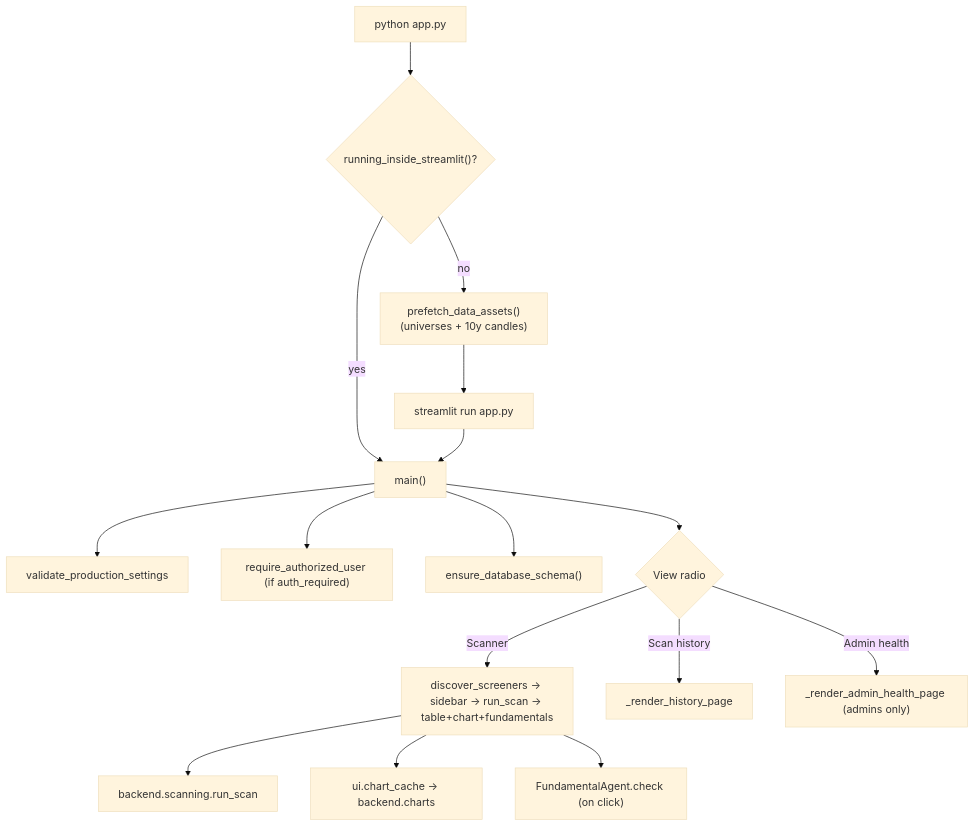
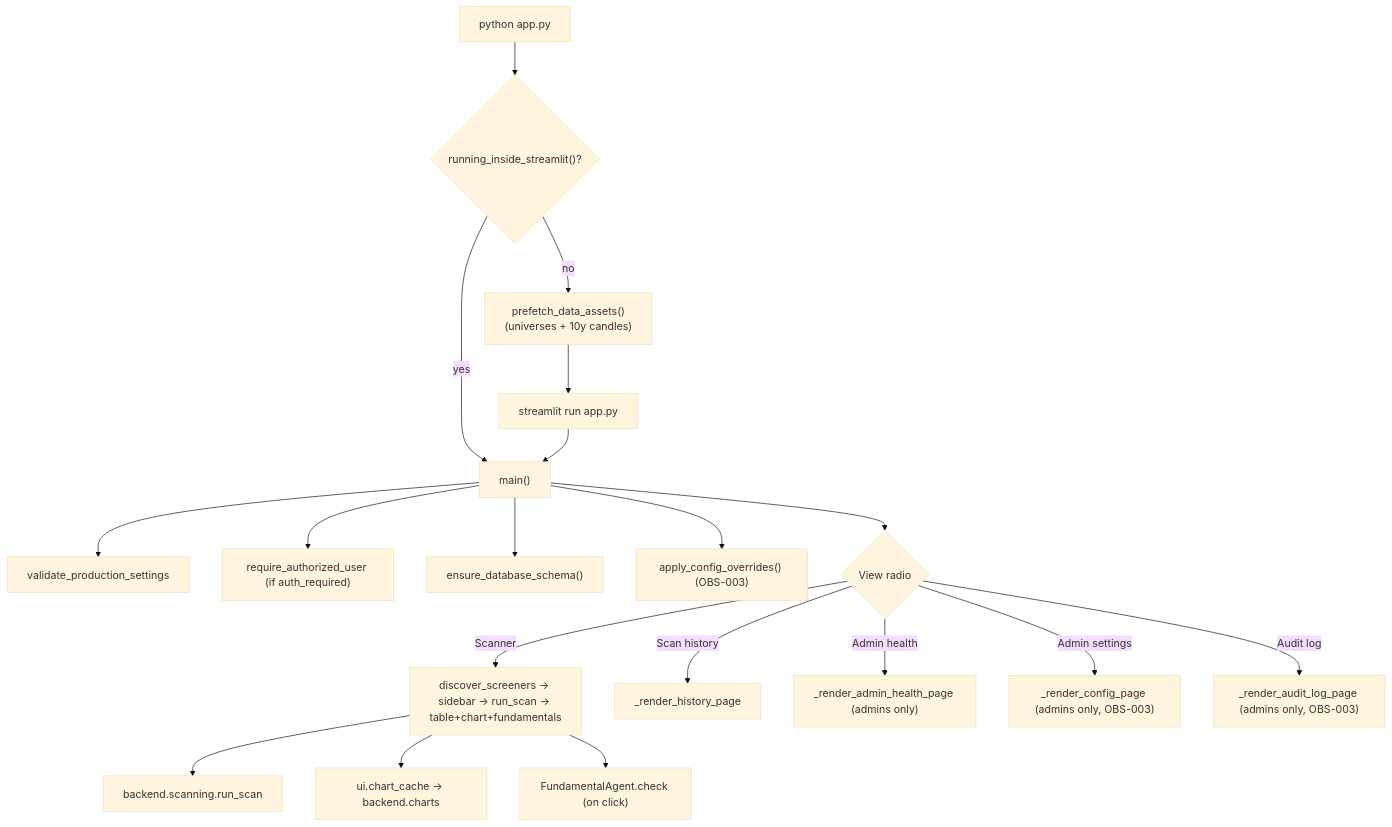
One commit to DoRmAmMu1997/Streamlit-Scanner-App changed the diagram in docs/architecture/components/app-orchestration.md. Above: the diagram before and after it, drawn with Mermaid (base theme). The commit also changed other lines of this file and 33 other files, not shown here.

First line of the commit message:
feat(OBS-003): add user-action audit log + admin config/audit pages

````diff
--- a/docs/architecture/components/app-orchestration.md
+++ b/docs/architecture/components/app-orchestration.md
@@ -26,18 +26,21 @@
 ```mermaid
 flowchart TD
     PY["python app.py"] --> CTX{"running_inside_streamlit()?"}
     CTX -->|no| PRE["prefetch_data_assets()\n(universes + 10y candles)"]
     PRE --> RELAUNCH["streamlit run app.py"]
     CTX -->|yes| MAIN["main()"]
     RELAUNCH --> MAIN
     MAIN --> VAL["validate_production_settings"]
     MAIN --> AUTH["require_authorized_user (if auth_required)"]
     MAIN --> MIG["ensure_database_schema()"]
+    MAIN --> OVR["apply_config_overrides() (OBS-003)"]
     MAIN --> VIEW{"View radio"}
     VIEW -->|Scanner| SCAN["discover_screeners → sidebar → run_scan → table+chart+fundamentals"]
     VIEW -->|Scan history| HIST["_render_history_page"]
     VIEW -->|Admin health| HLT["_render_admin_health_page (admins only)"]
+    VIEW -->|Admin settings| CFG["_render_config_page (admins only, OBS-003)"]
+    VIEW -->|Audit log| AUD["_render_audit_log_page (admins only, OBS-003)"]
     SCAN --> SVC["backend.scanning.run_scan"]
     SCAN --> CHART["ui.chart_cache → backend.charts"]
     SCAN --> FUND["FundamentalAgent.check (on click)"]
 ```
````
